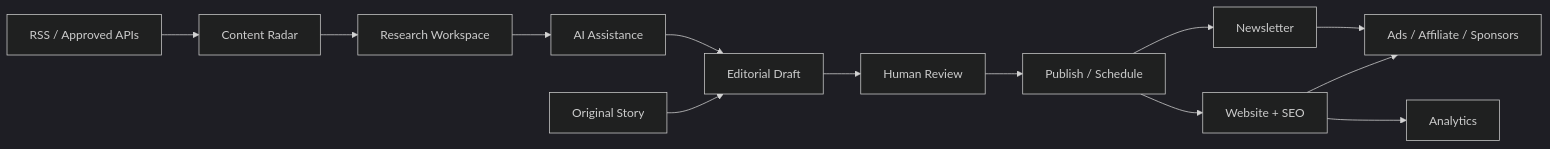
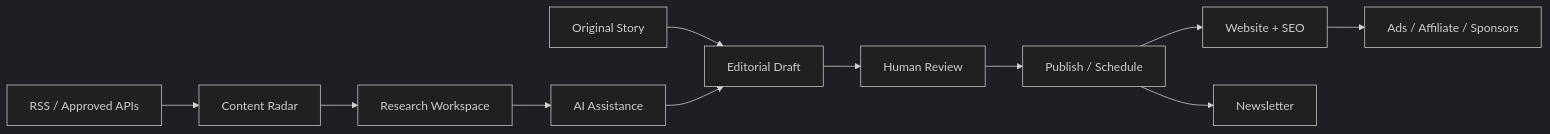
One commit to YounasKhan2/living-journal changed the first of 2 diagrams in README.md. Above: the diagram before and after it, drawn with Mermaid (dark theme). The commit also changed other lines of this file, not shown here.

````diff
--- a/README.md
+++ b/README.md
@@ -36,15 +30,13 @@
 ```mermaid
 flowchart LR
   Sources[RSS / Approved APIs] --> Radar[Content Radar]
   Manual[Original Story] --> Draft[Editorial Draft]
   Radar --> Research[Research Workspace]
   Research --> AI[AI Assistance]
   AI --> Draft
   Draft --> Review[Human Review]
   Review --> Publish[Publish / Schedule]
   Publish --> Web[Website + SEO]
   Publish --> Newsletter[Newsletter]
   Web --> Revenue[Ads / Affiliate / Sponsors]
-  Newsletter --> Revenue
-  Web --> Analytics[Analytics]
 ```
````
